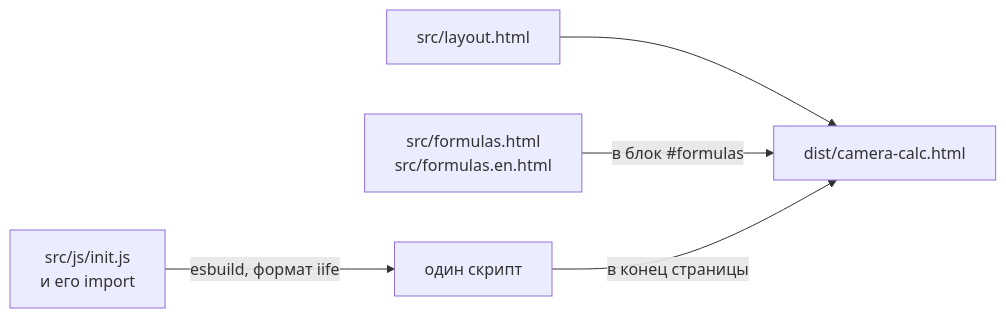
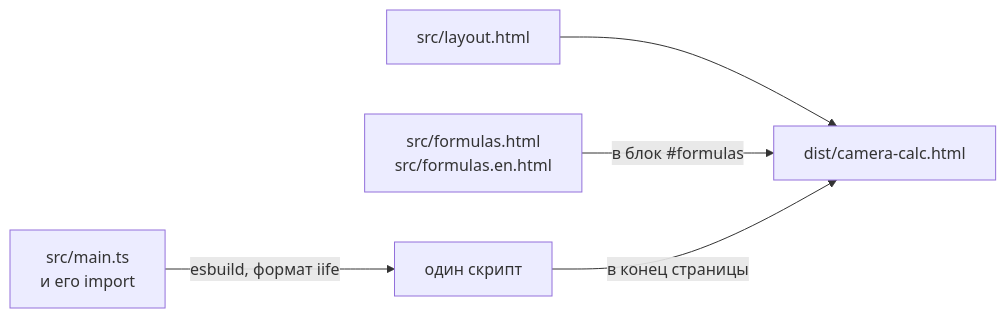
One commit to SergeyKrasnoslobodtsev/camera-calc changed the diagram in docs/architecture/modules/build.md. Above: the diagram before and after it, drawn with Mermaid. The commit also changed other lines of this file and 8 other files, not shown here.

````diff
--- a/docs/architecture/modules/build.md
+++ b/docs/architecture/modules/build.md
@@ -9,7 +9,7 @@
 ```mermaid
 flowchart LR
-    init["src/js/init.js<br>и его import"] -->|esbuild, формат iife| script["один скрипт"]
+    init["src/main.ts<br>и его import"] -->|esbuild, формат iife| script["один скрипт"]
     layout["src/layout.html"] --> html
     formulas["src/formulas.html<br>src/formulas.en.html"] -->|в блок #formulas| html
     script -->|в конец страницы| html["dist/camera-calc.html"]
 ```
````
